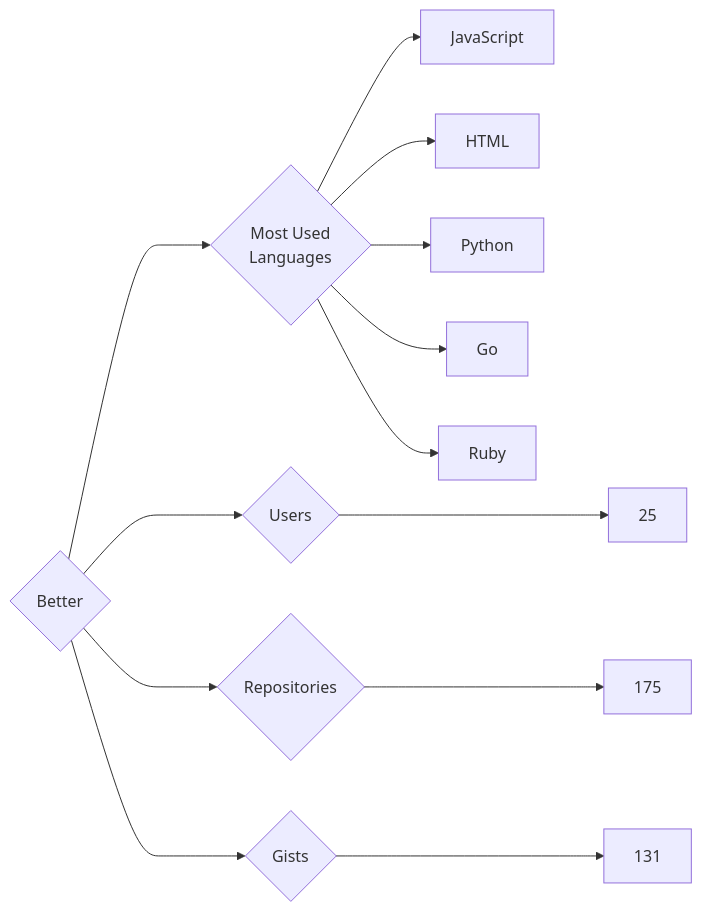
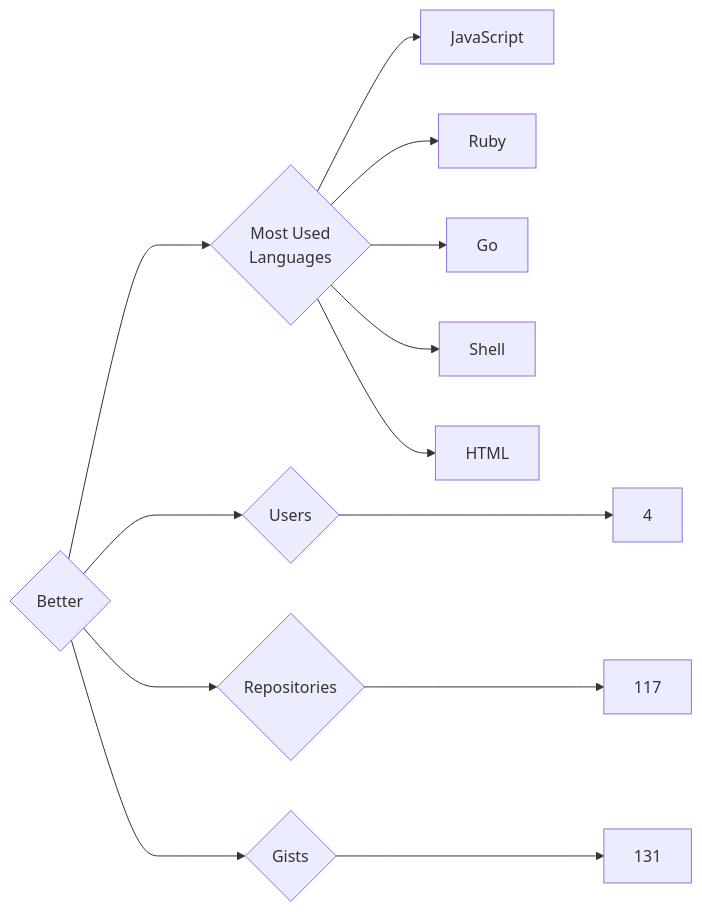
Before and after one commit to trickest/insiders: the diagram in targets/Better/README.md, drawn with Mermaid. The commit also changed 935 other files, not shown here.

````diff
--- a/targets/Better/README.md
+++ b/targets/Better/README.md
@@ -3,13 +3,13 @@
 ```mermaid
 graph LR
 COMPANY_NAME{Better}
-COMPANY_NAME ---> U{Users} ---> UN[25]
-COMPANY_NAME ---> R{Repositories} ---> RN[175]
+COMPANY_NAME ---> U{Users} ---> UN[4]
+COMPANY_NAME ---> R{Repositories} ---> RN[117]
 COMPANY_NAME ---> G{Gists} ---> GN[131]
 COMPANY_NAME ---> ML{Most Used<br>Languages}
 ML --> JavaScript[JavaScript]
+ML --> Ruby[Ruby]
+ML --> Go[Go]
+ML --> Shell[Shell]
 ML --> HTML[HTML]
-ML --> Python[Python]
-ML --> Go[Go]
-ML --> Ruby[Ruby]
 ```
````
